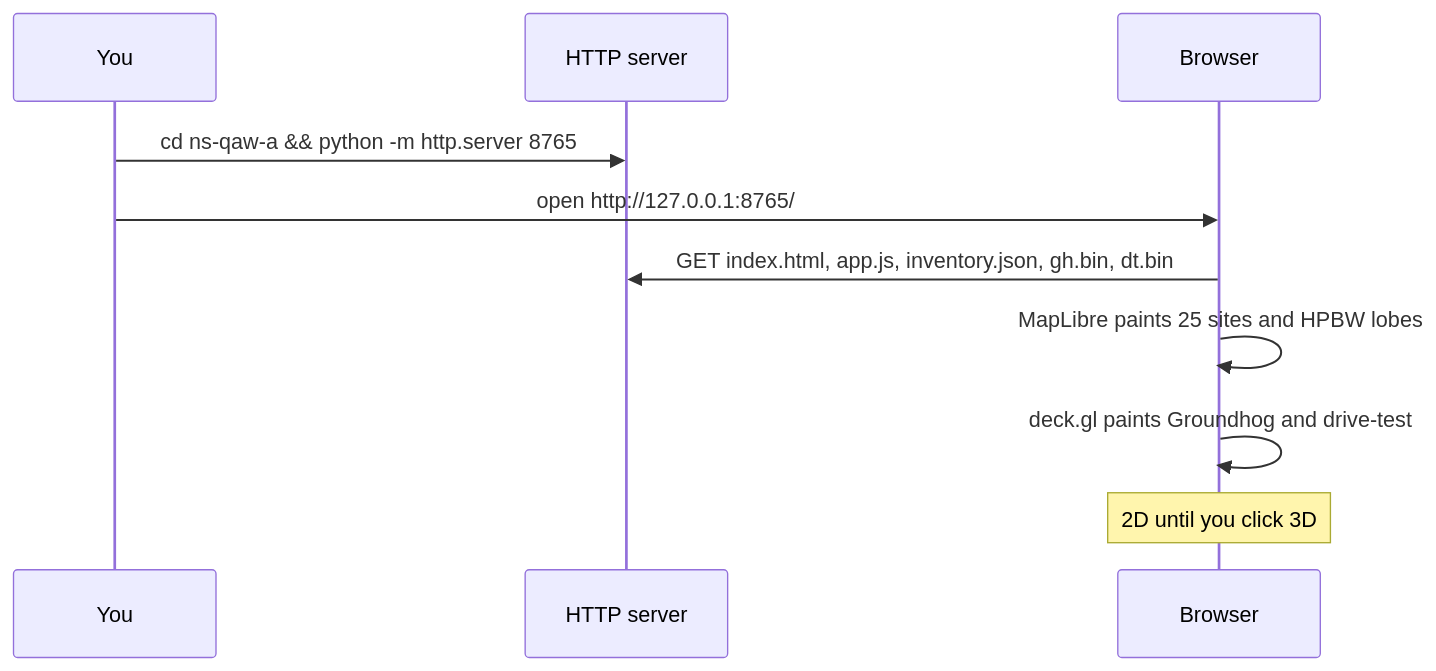
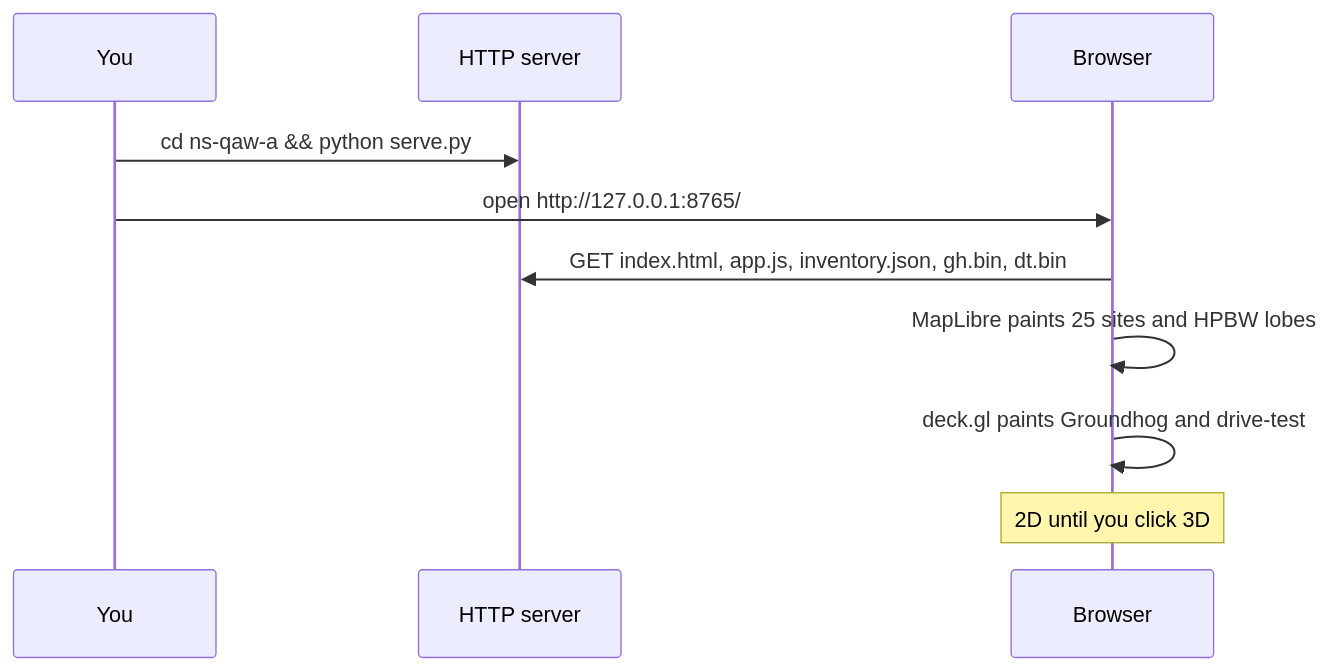
The seventh of 7 diagrams in README.md (manas-ninebar/GIS), drawn with Mermaid before and after one commit. The commit also changed other lines of this file and 6 other files, not shown here.

````diff
--- a/README.md
+++ b/README.md
@@ -216,13 +218,13 @@
 ```mermaid
 sequenceDiagram
   participant You
   participant Server as HTTP server
   participant Browser
 
-  You->>Server: cd ns-qaw-a && python -m http.server 8765
+  You->>Server: cd ns-qaw-a && python serve.py
   You->>Browser: open http://127.0.0.1:8765/
   Browser->>Server: GET index.html, app.js, inventory.json, gh.bin, dt.bin
   Browser->>Browser: MapLibre paints 25 sites and HPBW lobes
   Browser->>Browser: deck.gl paints Groundhog and drive-test
   Note over Browser: 2D until you click 3D
 ```
````
